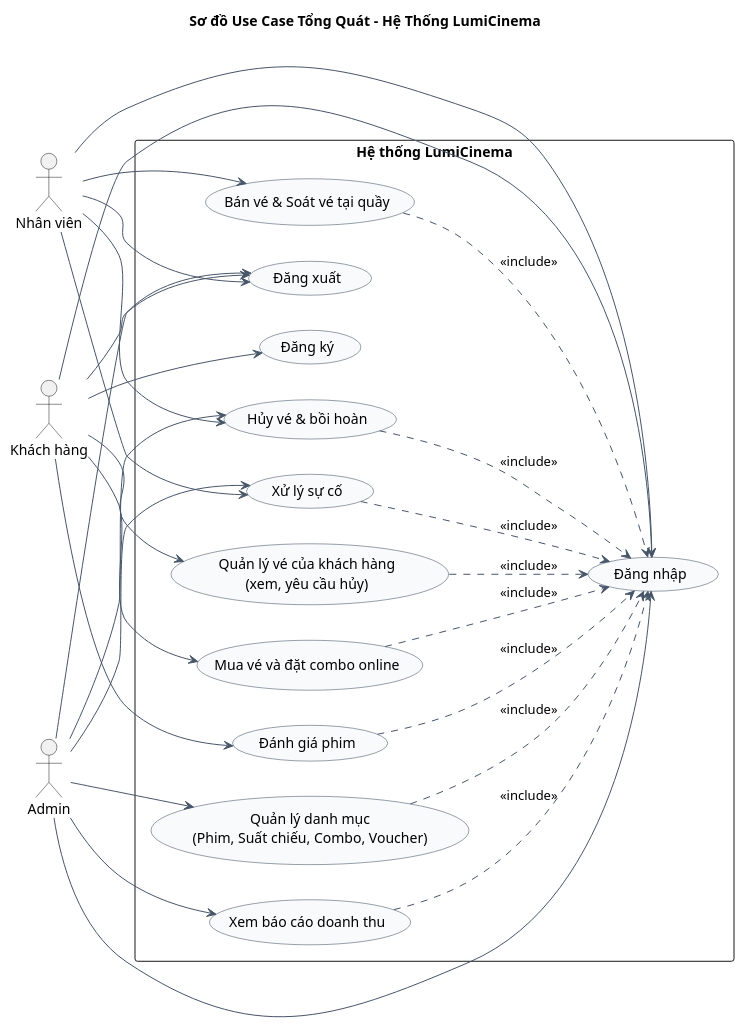
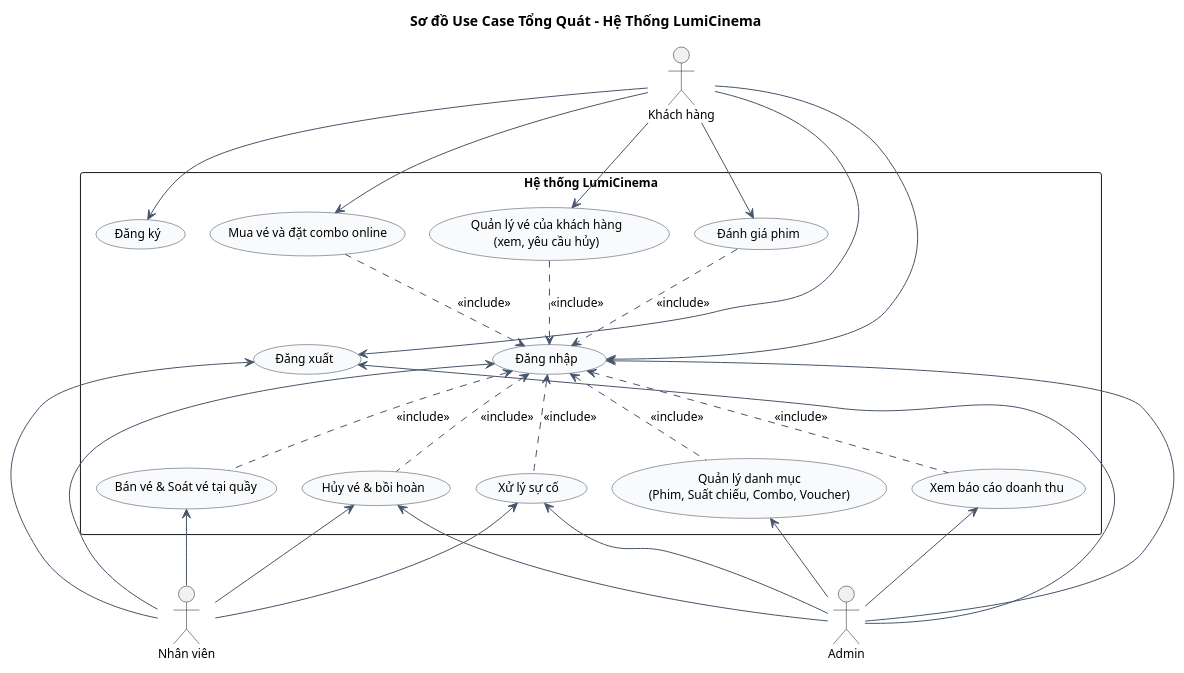
The diagram in So_Do_UML_Va_CSDL/01_UseCase_Diagrams/2.2_usecase_tong_quat.puml (MaGiaVy/CinemaLUMI), drawn with PlantUML before and after one commit. The commit also changed 6 other files, not shown here.

```diff
--- a/So_Do_UML_Va_CSDL/01_UseCase_Diagrams/2.2_usecase_tong_quat.puml
+++ b/So_Do_UML_Va_CSDL/01_UseCase_Diagrams/2.2_usecase_tong_quat.puml
@@ -1,61 +1,72 @@
 @startuml
 title Sơ đồ Use Case Tổng Quát - Hệ Thống LumiCinema
-left to right direction
+top to bottom direction
 skinparam shadowing false
 skinparam packageStyle rectangle
+skinparam nodesep 25
+skinparam ranksep 65
+skinparam defaultFontName Arial
+skinparam defaultFontSize 12
 skinparam usecase {
   BackgroundColor #F8FAFC
   BorderColor #334155
   ArrowColor #475569
 }
 
 actor "Khách hàng" as Customer
-actor "Nhân viên" as Staff
-actor "Admin" as Admin
 
 rectangle "Hệ thống LumiCinema" {
   usecase "Đăng ký" as UC_Register
-  usecase "Đăng nhập" as UC_Login
-  usecase "Đăng xuất" as UC_Logout
-
   usecase "Mua vé và đặt combo online" as UC_BookOnline
   usecase "Quản lý vé của khách hàng\n(xem, yêu cầu hủy)" as UC_MyTickets
   usecase "Đánh giá phim" as UC_Review
 
+  usecase "Đăng nhập" as UC_Login
+  usecase "Đăng xuất" as UC_Logout
+
   usecase "Bán vé & Soát vé tại quầy" as UC_POS
   usecase "Hủy vé & bồi hoàn" as UC_CancelRefund
   usecase "Xử lý sự cố" as UC_Incident
-
   usecase "Quản lý danh mục\n(Phim, Suất chiếu, Combo, Voucher)" as UC_Catalog
   usecase "Xem báo cáo doanh thu" as UC_Revenue
 }
 
+actor "Nhân viên" as Staff
+actor "Admin" as Admin
+
+' Đưa Đăng xuất vào tầng giữa cùng Đăng nhập
+UC_BookOnline -[hidden]-> UC_Logout
+UC_Logout -[hidden]-> UC_POS
+
+' Khách hàng (phía trên)
 Customer --> UC_Register
-Customer --> UC_Login
-Customer --> UC_Logout
 Customer --> UC_BookOnline
 Customer --> UC_MyTickets
 Customer --> UC_Review
+Customer --> UC_Login
+Customer --> UC_Logout
 
-Staff --> UC_Login
-Staff --> UC_Logout
-Staff --> UC_POS
-Staff --> UC_CancelRefund
-Staff --> UC_Incident
+' Nhân viên & Admin (phía dưới)
+UC_POS <-- Staff
+UC_CancelRefund <-- Staff
+UC_Incident <-- Staff
+UC_Login <-- Staff
+UC_Logout <-- Staff
 
-Admin --> UC_Login
-Admin --> UC_Logout
-Admin --> UC_Catalog
-Admin --> UC_Revenue
-Admin --> UC_CancelRefund
-Admin --> UC_Incident
+UC_CancelRefund <-- Admin
+UC_Incident <-- Admin
+UC_Catalog <-- Admin
+UC_Revenue <-- Admin
+UC_Login <-- Admin
+UC_Logout <-- Admin
 
+' Quan hệ <<include>> tới Đăng nhập
 UC_BookOnline ..> UC_Login : <<include>>
 UC_MyTickets ..> UC_Login : <<include>>
 UC_Review ..> UC_Login : <<include>>
-UC_POS ..> UC_Login : <<include>>
-UC_CancelRefund ..> UC_Login : <<include>>
-UC_Incident ..> UC_Login : <<include>>
-UC_Catalog ..> UC_Login : <<include>>
-UC_Revenue ..> UC_Login : <<include>>
+UC_Login <.. UC_POS : <<include>>
+UC_Login <.. UC_CancelRefund : <<include>>
+UC_Login <.. UC_Incident : <<include>>
+UC_Login <.. UC_Catalog : <<include>>
+UC_Login <.. UC_Revenue : <<include>>
 @enduml
```
